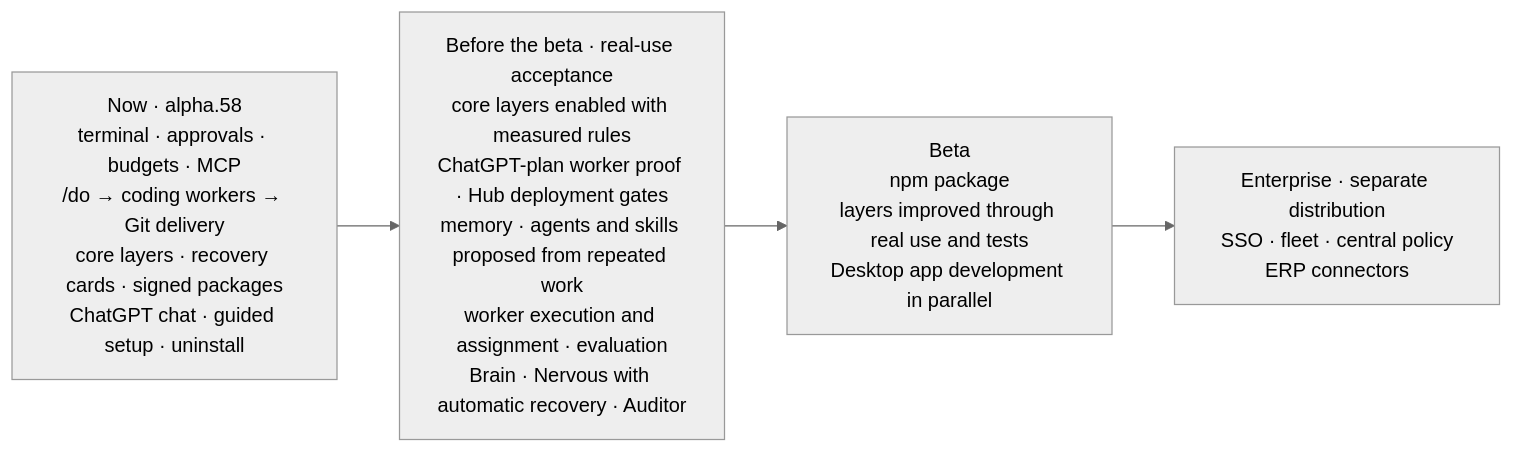
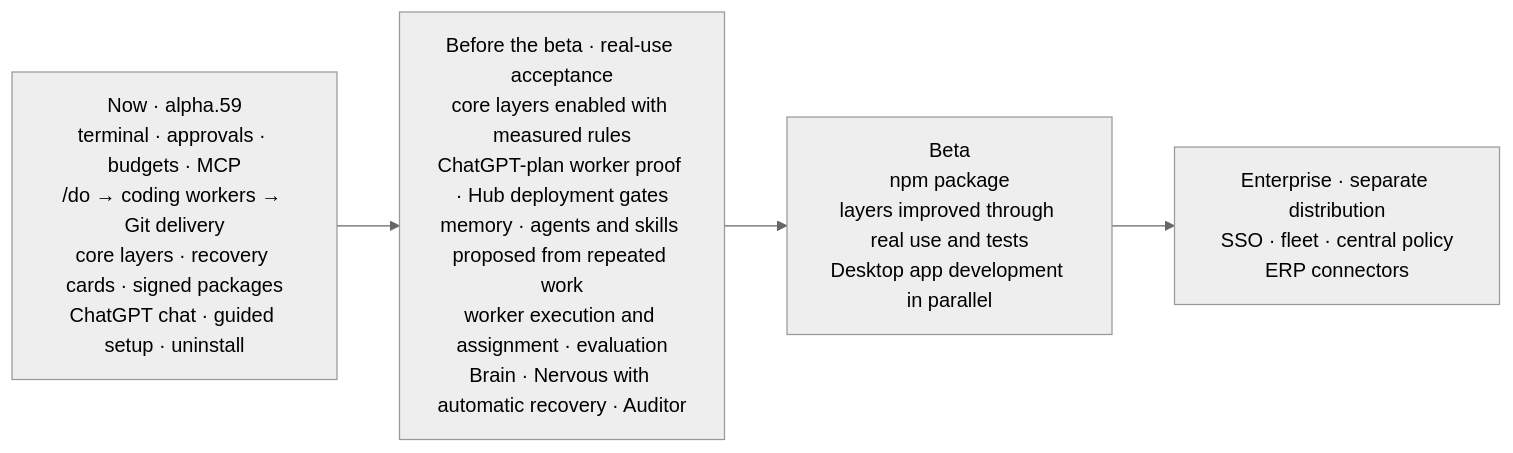
Before and after one commit to Verhex/deckent-next: the sixth of 6 diagrams in README.md, drawn with Mermaid (neutral theme). The commit also changed other lines of this file and 8 other files, not shown here.

First line of the commit message:
chore(release): 1.0.0-alpha.59 candidate — version, CHANGELOG (alpha.58 released, alpha.59 Unreleased), README/SECURITY naming, PLAN status

````diff
--- a/README.md
+++ b/README.md
@@ -549,6 +549,6 @@
 ```mermaid
 flowchart LR
-  N["Now · alpha.58<br/>terminal · approvals · budgets · MCP<br/>/do → coding workers → Git delivery<br/>core layers · recovery cards · signed packages<br/>ChatGPT chat · guided setup · uninstall"] --> C["Before the beta · real-use acceptance<br/>core layers enabled with measured rules<br/>ChatGPT-plan worker proof · Hub deployment gates<br/>memory · agents and skills proposed from repeated work<br/>worker execution and assignment · evaluation<br/>Brain · Nervous with automatic recovery · Auditor"]
+  N["Now · alpha.59<br/>terminal · approvals · budgets · MCP<br/>/do → coding workers → Git delivery<br/>core layers · recovery cards · signed packages<br/>ChatGPT chat · guided setup · uninstall"] --> C["Before the beta · real-use acceptance<br/>core layers enabled with measured rules<br/>ChatGPT-plan worker proof · Hub deployment gates<br/>memory · agents and skills proposed from repeated work<br/>worker execution and assignment · evaluation<br/>Brain · Nervous with automatic recovery · Auditor"]
   C --> B["Beta<br/>npm package<br/>layers improved through real use and tests<br/>Desktop app development in parallel"]
   B --> E["Enterprise · separate distribution<br/>SSO · fleet · central policy<br/>ERP connectors"]
 ```
````
